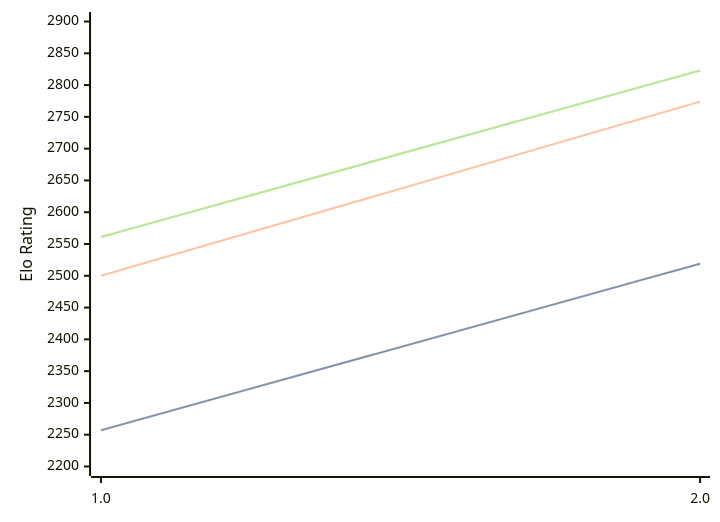
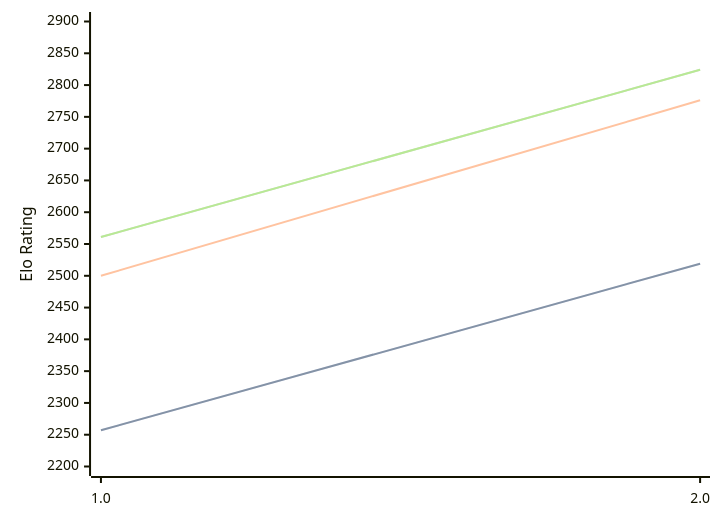
Before and after one commit to computer-chess-index/cci: the diagram in engines/Revolver.md, drawn with Mermaid. The commit also changed other lines of this file, not shown here.

Commit message:
Update CCI Ratings (ELO VLTC) - 2026-08-29

````diff
--- a/engines/Revolver.md
+++ b/engines/Revolver.md
@@ -32,11 +32,11 @@
 ```mermaid
 %%{init: {"theme":"base","themeVariables":{"seriesColors:['#a3a3a3','#222221','#faa371']}}}%%
 xychart-beta
   x-axis ["1.0", "2.0"]
   y-axis "Elo Rating" 2200 --> 2900
   line "" [2257, 2519]
   line "STC (8.0+0.08s)" [2257, 2519]
-  line "LTC (60.0+0.60s)" [2500, 2774]
-  line "" [2561, 2823]
-  line "VLTC (2m24s+1.12s)" [2561, 2823]
+  line "LTC (60.0+0.60s)" [2500, 2776]
+  line "" [2561, 2824]
+  line "VLTC (2m24s+1.12s)" [2561, 2824]
 ```
````
